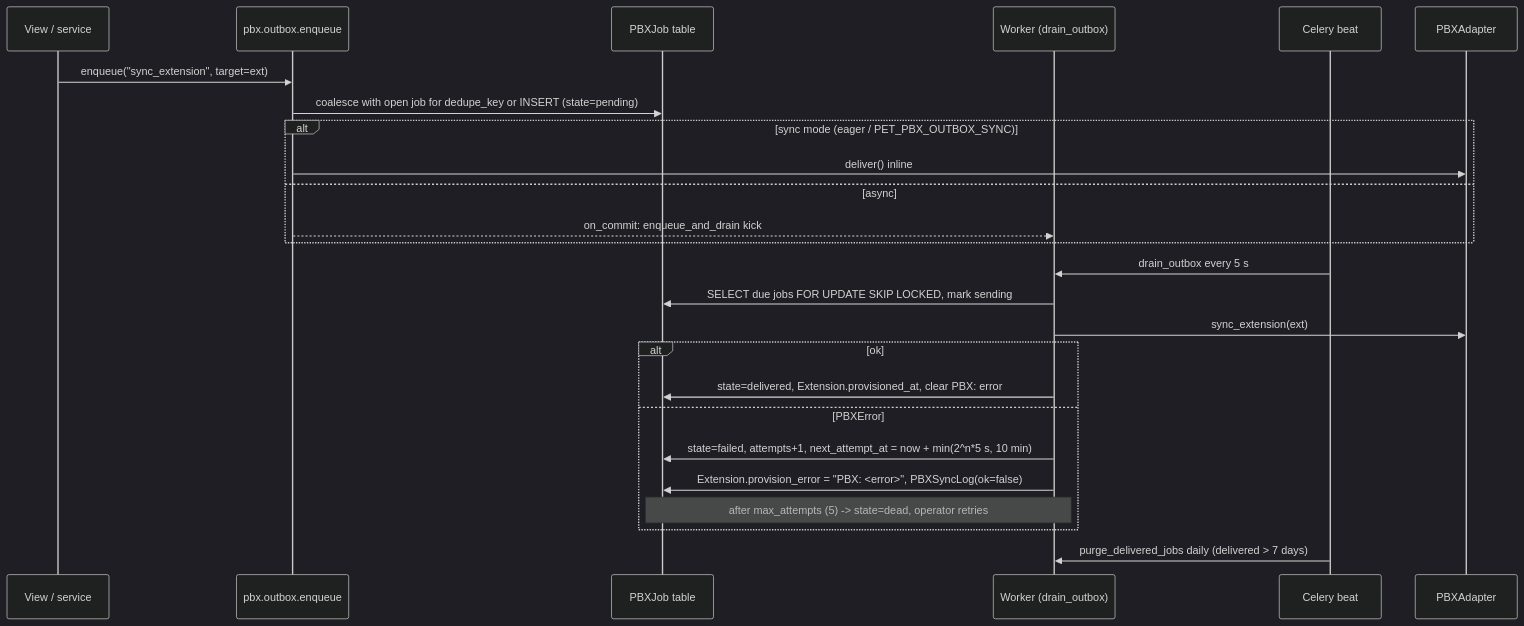
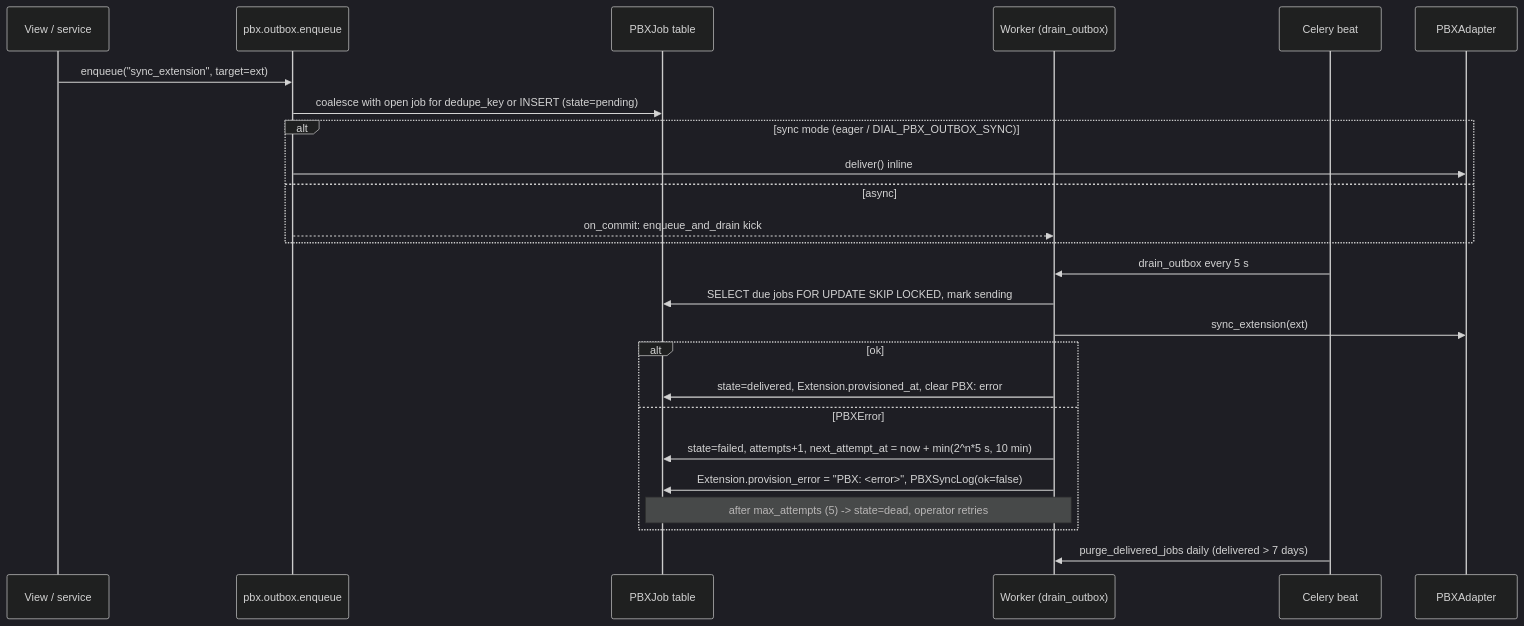
One commit to kirikakaese/DIAL-BETA changed the sixth of 8 diagrams in docs/ARCHITECTURE.md. Above: the diagram before and after it, drawn with Mermaid (dark theme). The commit also changed other lines of this file and 296 other files, not shown here.

First line of the commit message:
Rename PET to DIAL (DECT & IP Administration Layer)

````diff
--- a/docs/ARCHITECTURE.md
+++ b/docs/ARCHITECTURE.md
@@ -629,28 +629,28 @@
 ```mermaid
 sequenceDiagram
     participant V as View / service
     participant O as pbx.outbox.enqueue
     participant DB as PBXJob table
     participant W as Worker (drain_outbox)
     participant B as Celery beat
     participant PBX as PBXAdapter
 
     V->>O: enqueue("sync_extension", target=ext)
     O->>DB: coalesce with open job for dedupe_key or INSERT (state=pending)
-    alt sync mode (eager / PET_PBX_OUTBOX_SYNC)
+    alt sync mode (eager / DIAL_PBX_OUTBOX_SYNC)
         O->>PBX: deliver() inline
     else async
         O-->>W: on_commit: enqueue_and_drain kick
     end
     B->>W: drain_outbox every 5 s
     W->>DB: SELECT due jobs FOR UPDATE SKIP LOCKED, mark sending
     W->>PBX: sync_extension(ext)
     alt ok
         W->>DB: state=delivered, Extension.provisioned_at, clear PBX: error
     else PBXError
         W->>DB: state=failed, attempts+1, next_attempt_at = now + min(2^n*5 s, 10 min)
         W->>DB: Extension.provision_error = "PBX: <error>", PBXSyncLog(ok=false)
         Note over W,DB: after max_attempts (5) -> state=dead, operator retries
     end
     B->>W: purge_delivered_jobs daily (delivered > 7 days)
 ```
````
